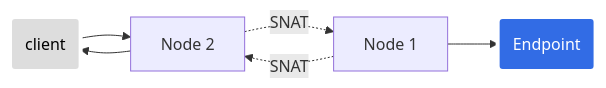
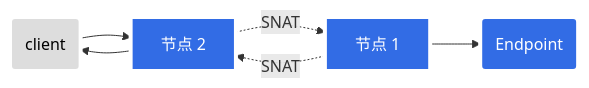
The first of 2 diagrams in content/zh/docs/tutorials/services/source-ip.md (kubernetes/website), drawn with Mermaid before and after one commit. The commit also changed other lines of this file, not shown here.

```diff
--- a/content/zh/docs/tutorials/services/source-ip.md
+++ b/content/zh/docs/tutorials/services/source-ip.md
@@ -196,13 +196,13 @@
 {{< mermaid >}}
 graph LR;
-  client(client)-->node2[Node 2];
+  client(client)-->node2[节点 2];
   node2-->client;
-  node2-. SNAT .->node1[Node 1];
+  node2-. SNAT .->node1[节点 1];
   node1-. SNAT .->node2;
   node1-->endpoint(Endpoint);
 
   classDef plain fill:#ddd,stroke:#fff,stroke-width:4px,color:#000;
   classDef k8s fill:#326ce5,stroke:#fff,stroke-width:4px,color:#fff;
-  class 节点1,节点2,endpoint k8s;
+  class node1,node2,endpoint k8s;
   class client plain;
 {{</ mermaid >}}
```
